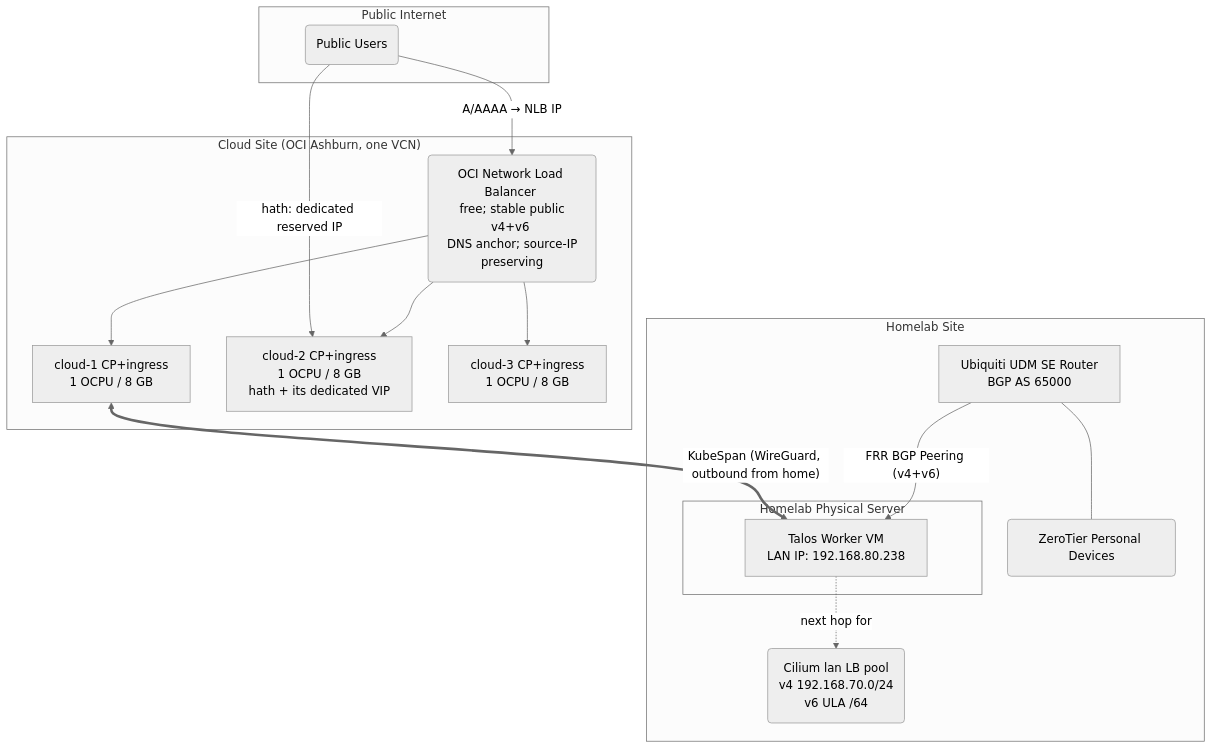
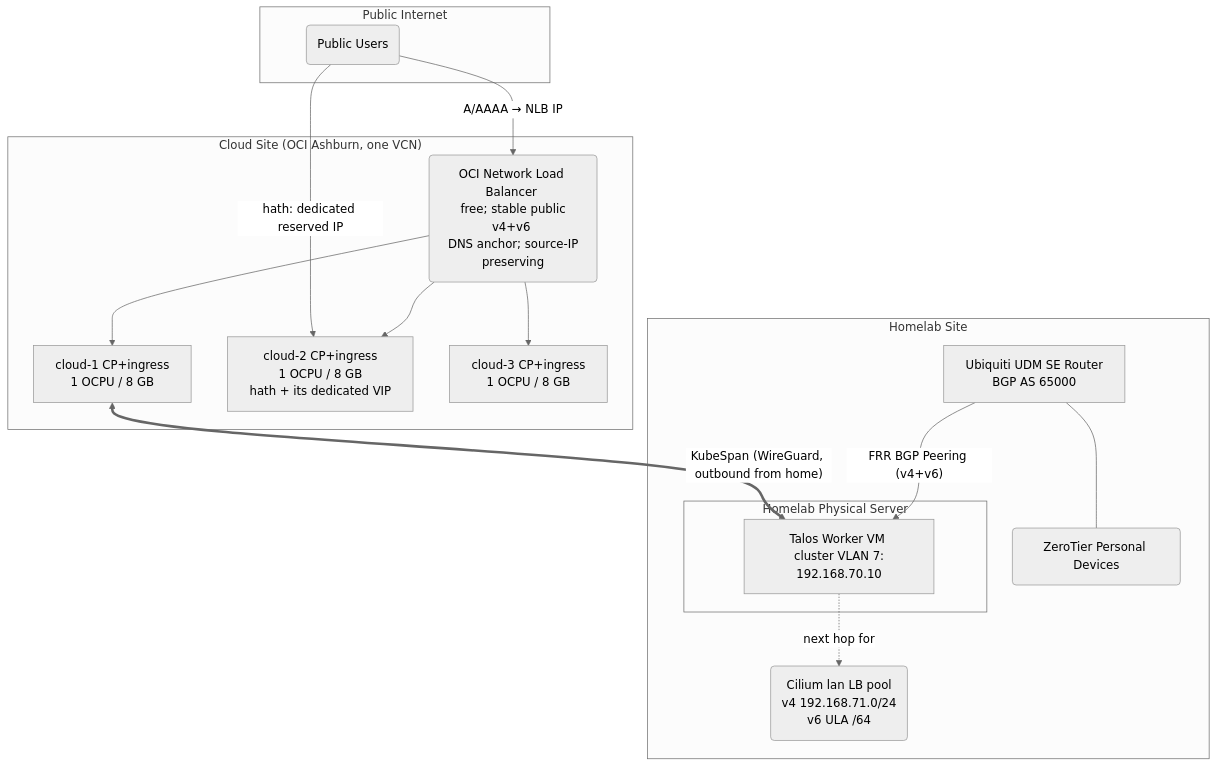
The diagram in docs/cluster/architecture.md (Aetf/kluster), drawn with Mermaid (neutral theme) before and after one commit. The commit also changed other lines of this file and 6 other files, not shown here.

````diff
--- a/docs/cluster/architecture.md
+++ b/docs/cluster/architecture.md
@@ -51,39 +51,39 @@
 ```mermaid
 graph TD  
  subgraph "Public Internet"  
  User(Public Users)  
  end  
   
  subgraph "Cloud Site (OCI Ashburn, one VCN)"  
  NLB(OCI Network Load Balancer <br> free; stable public v4+v6 <br> DNS anchor; source-IP preserving)  
  CP1[cloud-1 CP+ingress <br> 1 OCPU / 8 GB]  
  CP2[cloud-2 CP+ingress <br> 1 OCPU / 8 GB <br> hath + its dedicated VIP]  
  CP3[cloud-3 CP+ingress <br> 1 OCPU / 8 GB]  
  NLB --> CP1  
  NLB --> CP2  
  NLB --> CP3  
  end  
   
  subgraph "Homelab Site"  
  DMSE[Ubiquiti UDM SE Router <br> BGP AS 65000]  
    
 subgraph "Homelab Physical Server"  
- Homelab_VM[Talos Worker VM <br> LAN IP: 192.168.80.238]  
+ Homelab_VM[Talos Worker VM <br> cluster VLAN 7: 192.168.70.10]  
  end  
    
- LB_Pool(Cilium lan LB pool <br> v4 192.168.70.0/24 <br> v6 ULA /64)  
+ LB_Pool(Cilium lan LB pool <br> v4 192.168.71.0/24 <br> v6 ULA /64)  
  ZT_Net(ZeroTier Personal Devices)  
  end  
   
  %% Routing Flow  
  User -- "A/AAAA → NLB IP" --> NLB  
  User -- "hath: dedicated reserved IP" --> CP2  
  DMSE -- "FRR BGP Peering (v4+v6)" --> Homelab_VM  
  DMSE --- ZT_Net  
    
 %% KubeSpan  
  CP1 <== "KubeSpan (WireGuard, outbound from home)" ==> Homelab_VM  
   
 %% Logical internal links  
  Homelab_VM -. "next hop for" .-> LB_Pool  
 ```
````
